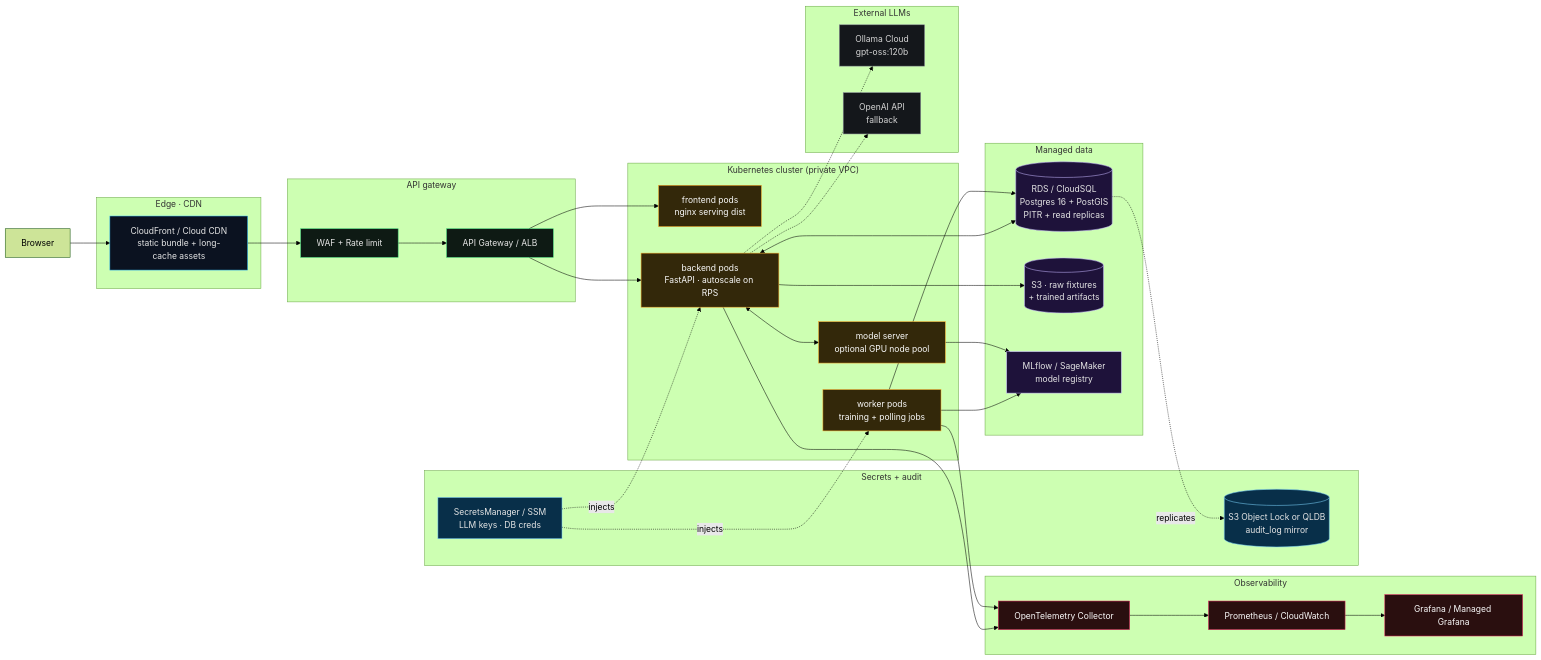
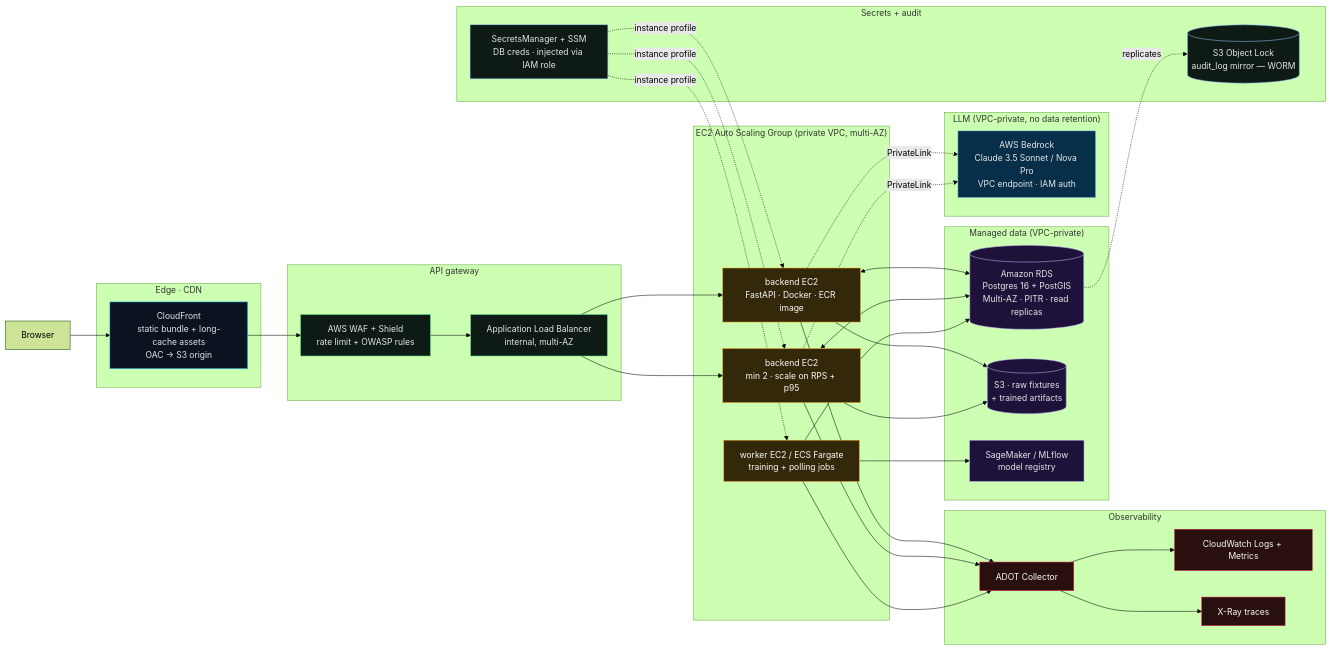
Before and after one commit to rcollins2000/sgw-multi-hazard-response: the second of 2 diagrams in README.md, drawn with Mermaid (forest theme). The commit also changed other lines of this file and 60 other files, not shown here.

````diff
--- a/README.md
+++ b/README.md
@@ -129,76 +146,76 @@
 ```mermaid
 flowchart LR
     subgraph EDGE["Edge · CDN"]
-        CDN[CloudFront / Cloud CDN<br/>static bundle + long-cache assets]
+        CDN[CloudFront<br/>static bundle + long-cache assets<br/>OAC → S3 origin]
     end
 
     subgraph API["API gateway"]
-        WAF[WAF + Rate limit]
-        APIGW[API Gateway / ALB]
+        WAF[AWS WAF + Shield<br/>rate limit + OWASP rules]
+        ALB[Application Load Balancer<br/>internal, multi-AZ]
     end
 
-    subgraph K8S["Kubernetes cluster (private VPC)"]
-        FE_POD[frontend pods<br/>nginx serving dist]
-        BE_POD[backend pods<br/>FastAPI · autoscale on RPS]
-        WORKER[worker pods<br/>training + polling jobs]
-        MODEL[model server<br/>optional GPU node pool]
+    subgraph ASG["EC2 Auto Scaling Group (private VPC, multi-AZ)"]
+        BE1[backend EC2<br/>FastAPI · Docker · ECR image]
+        BE2[backend EC2<br/>min 2 · scale on RPS + p95]
+        WORKER[worker EC2 / ECS Fargate<br/>training + polling jobs]
     end
 
-    subgraph DATA["Managed data"]
-        RDS[(RDS / CloudSQL<br/>Postgres 16 + PostGIS<br/>PITR + read replicas)]
+    subgraph DATA["Managed data (VPC-private)"]
+        RDS[(Amazon RDS<br/>Postgres 16 + PostGIS<br/>Multi-AZ · PITR · read replicas)]
         S3[(S3 · raw fixtures<br/>+ trained artifacts)]
-        REG[MLflow / SageMaker<br/>model registry]
+        REG[SageMaker / MLflow<br/>model registry]
+    end
+
+    subgraph LLM["LLM (VPC-private, no data retention)"]
+        BEDROCK[AWS Bedrock<br/>Claude 3.5 Sonnet / Nova Pro<br/>VPC endpoint · IAM auth]
     end
 
     subgraph OBS["Observability"]
-        PROM[Prometheus / CloudWatch]
-        GRAF[Grafana / Managed Grafana]
-        OTEL[OpenTelemetry Collector]
+        CW[CloudWatch Logs + Metrics]
+        XRAY[X-Ray traces]
+        OTEL[ADOT Collector]
     end
 
     subgraph SEC["Secrets + audit"]
-        SM[SecretsManager / SSM<br/>LLM keys · DB creds]
-        WORM[(S3 Object Lock or QLDB<br/>audit_log mirror)]
-    end
-
-    subgraph EXT["External LLMs"]
-        OLLAMA[Ollama Cloud<br/>gpt-oss:120b]
-        OPENAI[OpenAI API<br/>fallback]
+        SM[SecretsManager + SSM<br/>DB creds · injected via IAM role]
+        WORM[(S3 Object Lock<br/>audit_log mirror — WORM)]
     end
 
     Browser --> CDN
     CDN --> WAF
-    WAF --> APIGW
-    APIGW --> FE_POD
-    APIGW --> BE_POD
-    BE_POD <--> RDS
-    BE_POD <--> MODEL
-    BE_POD -.-> OLLAMA
-    BE_POD -.-> OPENAI
+    WAF --> ALB
+    ALB --> BE1
+    ALB --> BE2
+    BE1 <--> RDS
+    BE2 <--> RDS
+    BE1 -.PrivateLink.-> BEDROCK
+    BE2 -.PrivateLink.-> BEDROCK
     WORKER --> RDS
     WORKER --> REG
-    MODEL --> REG
-    BE_POD --> S3
-    BE_POD --> OTEL
+    BE1 --> S3
+    BE2 --> S3
+    BE1 --> OTEL
+    BE2 --> OTEL
     WORKER --> OTEL
-    OTEL --> PROM
-    PROM --> GRAF
-    SM -.injects.-> BE_POD
-    SM -.injects.-> WORKER
+    OTEL --> CW
+    OTEL --> XRAY
+    SM -.instance profile.-> BE1
+    SM -.instance profile.-> BE2
+    SM -.instance profile.-> WORKER
     RDS -.replicates.-> WORM
 
     classDef edge fill:#0b1220,stroke:#38bdf8,color:#e5e5e5
     classDef api fill:#0e1a14,stroke:#3fd47a,color:#e5e5e5
-    classDef k8s fill:#33280a,stroke:#f5a524,color:#fafafa
+    classDef ec2 fill:#33280a,stroke:#f5a524,color:#fafafa
     classDef data fill:#1e123a,stroke:#c4b5fd,color:#e5e5e5
+    classDef llm fill:#082f49,stroke:#7dd3fc,color:#e5e5e5
     classDef obs fill:#2a0f0f,stroke:#e0245e,color:#fafafa
-    classDef sec fill:#082f49,stroke:#7dd3fc,color:#e5e5e5
-    classDef ext fill:#14171b,stroke:#8b9199,color:#d4d4d4
+    classDef sec fill:#0e1a14,stroke:#93c5fd,color:#e5e5e5
     class CDN edge
-    class WAF,APIGW api
-    class FE_POD,BE_POD,WORKER,MODEL k8s
+    class WAF,ALB api
+    class BE1,BE2,WORKER ec2
     class RDS,S3,REG data
-    class PROM,GRAF,OTEL obs
+    class BEDROCK llm
+    class CW,XRAY,OTEL obs
     class SM,WORM sec
-    class OLLAMA,OPENAI ext
 ```
````
